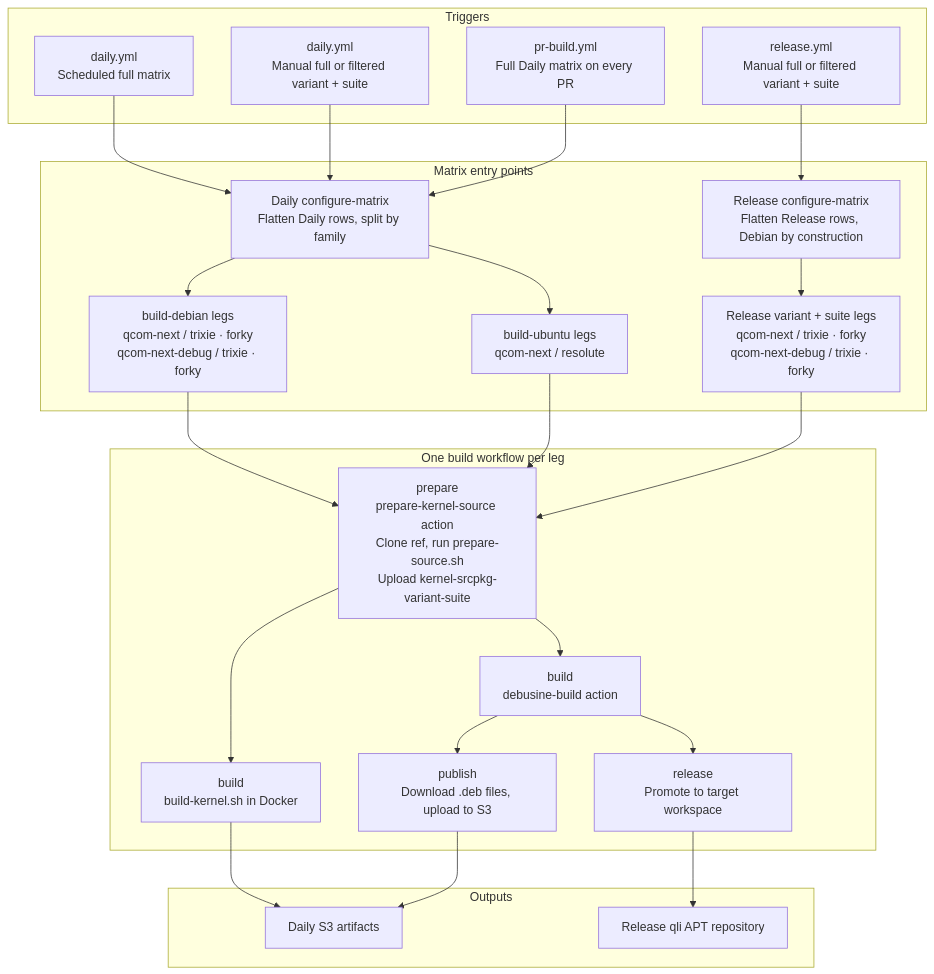
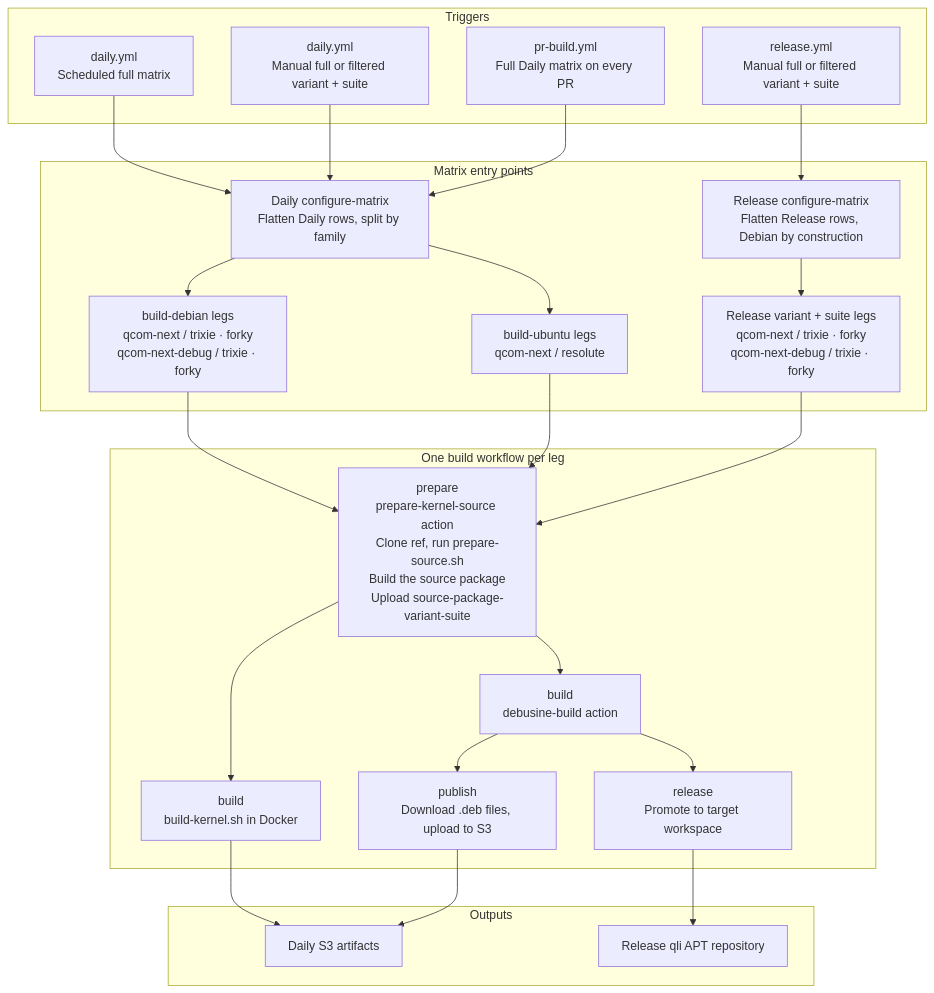
Before and after one commit to qualcomm-linux/pkg-linux-qcom: the second of 6 diagrams in README.md, drawn with Mermaid. The commit also changed other lines of this file and 2 other files, not shown here.

````diff
--- a/README.md
+++ b/README.md
@@ -315,45 +315,45 @@
 ```mermaid
 flowchart TD
     subgraph triggers[Triggers]
         A1["daily.yml\nScheduled full matrix"]
         A2["daily.yml\nManual full or filtered variant + suite"]
         A5["pr-build.yml\nFull Daily matrix on every PR"]
         A3["release.yml\nManual full or filtered variant + suite"]
     end
 
     subgraph matrix[Matrix entry points]
         B1["Daily configure-matrix\nFlatten Daily rows, split by family"]
         B2["build-debian legs\nqcom-next / trixie · forky\nqcom-next-debug / trixie · forky"]
         B5["build-ubuntu legs\nqcom-next / resolute"]
         B3["Release configure-matrix\nFlatten Release rows, Debian by construction"]
         B4["Release variant + suite legs\nqcom-next / trixie · forky\nqcom-next-debug / trixie · forky"]
     end
 
     subgraph build[One build workflow per leg]
-        C2["prepare\nprepare-kernel-source action\nClone ref, run prepare-source.sh\nUpload kernel-srcpkg-variant-suite"]
+        C2["prepare\nprepare-kernel-source action\nClone ref, run prepare-source.sh\nBuild the source package\nUpload source-package-variant-suite"]
         C3["build\ndebusine-build action"]
         C4["build\nbuild-kernel.sh in Docker"]
         C5["publish\nDownload .deb files, upload to S3"]
         C6["release\nPromote to target workspace"]
     end
 
     subgraph outputs[Outputs]
         D1["Daily S3 artifacts"]
         D2["Release qli APT repository"]
     end
 
     A1 --> B1
     A2 --> B1
     A5 --> B1
     A3 --> B3
     B1 --> B2 & B5
     B3 --> B4
     B2 --> C2
     B5 --> C2
     B4 --> C2
     C2 --> C3 & C4
     C3 --> C5 & C6
     C4 --> D1
     C5 --> D1
     C6 --> D2
 ```
````
